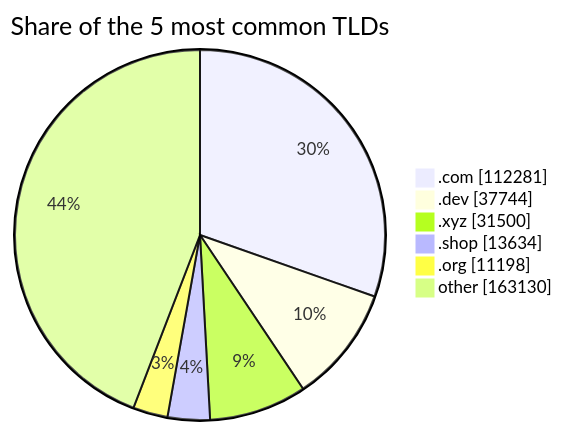
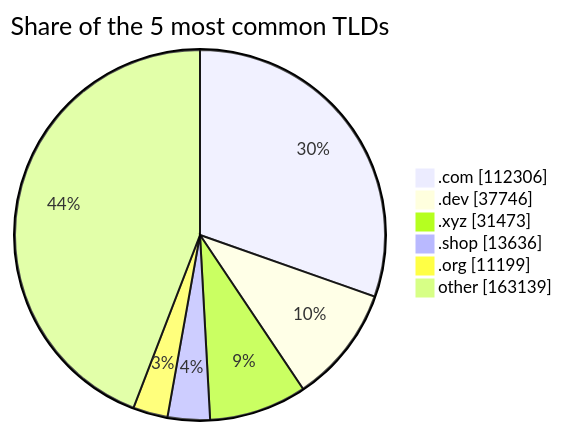
One commit to DNSBunker/CTI changed the third of 3 diagrams in README.md. Above: the diagram before and after it, drawn with Mermaid. The commit also changed other lines of this file and 3 other files, not shown here.

````diff
--- a/README.md
+++ b/README.md
@@ -81,9 +81,9 @@
 ```mermaid
 pie showData title Share of the 5 most common TLDs
-    ".com" : 112281
-    ".dev" : 37744
-    ".xyz" : 31500
-    ".shop" : 13634
-    ".org" : 11198
-    "other" : 163130
+    ".com" : 112306
+    ".dev" : 37746
+    ".xyz" : 31473
+    ".shop" : 13636
+    ".org" : 11199
+    "other" : 163139
 ```
````
